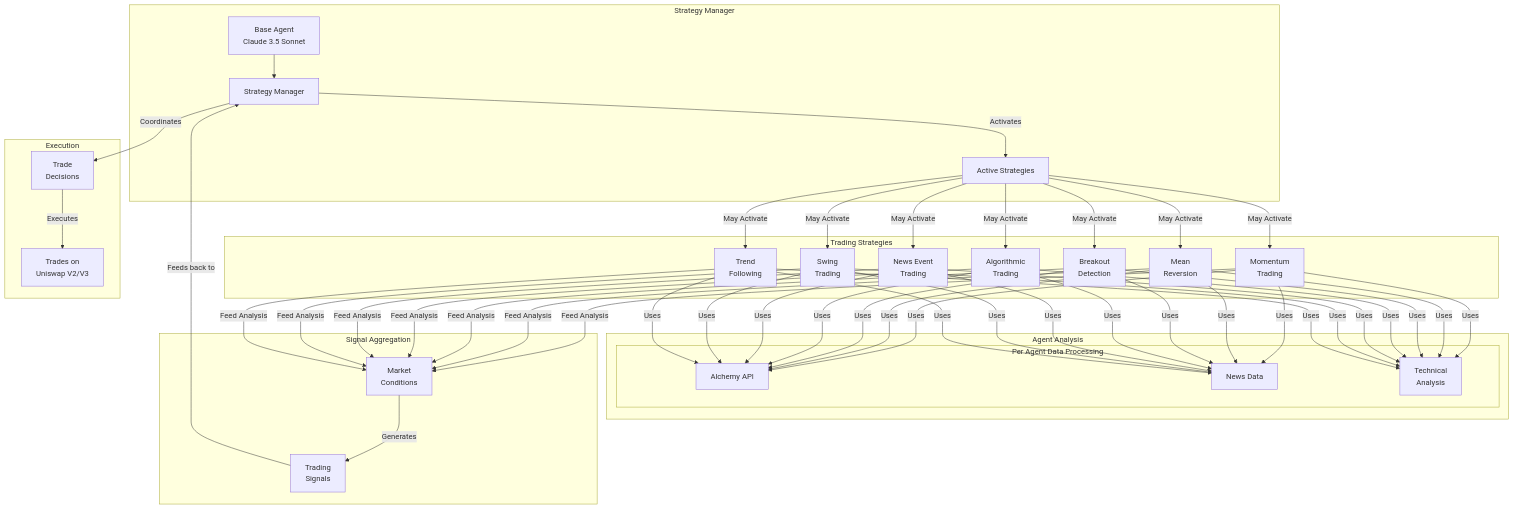
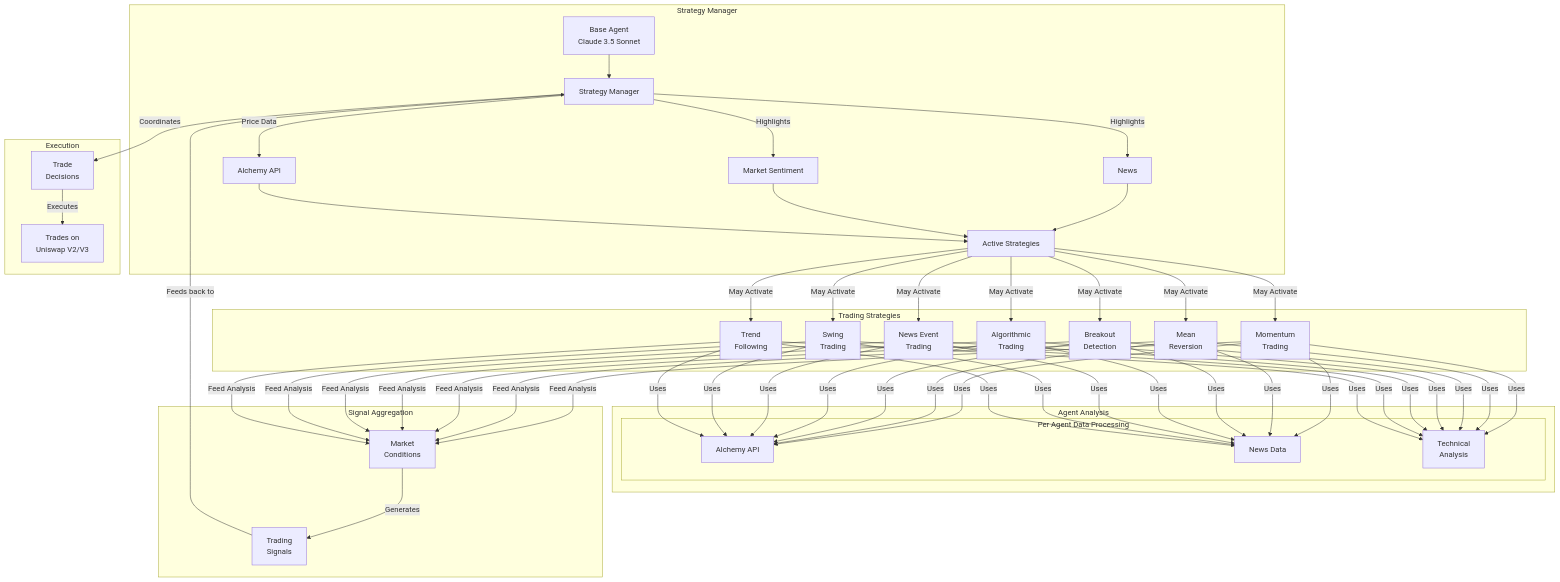
Before and after one commit to PizzaHi5/flock_it: the diagram in README.md, drawn with Mermaid.

Commit message:
updated flowchart

````diff
--- a/README.md
+++ b/README.md
@@ -25,44 +25,47 @@
 ```mermaid
 flowchart TB
     subgraph Strategy Manager
         BA[Base Agent<br>Claude 3.5 Sonnet] --> SM[Strategy Manager]
-        SM --> |Activates| AS[Active Strategies]
+        SM --> |Highlights| NB[News]
+        SM --> |Highlights| TAB[Market Sentiment]
+        SM --> |Price Data| AAB[Alchemy API]
+        NB & TAB & AAB --> AS[Active Strategies]
     end
     
     subgraph Trading Strategies
         AS --> |May Activate| MO[Momentum<br>Trading] 
         AS --> |May Activate| MR[Mean<br>Reversion]
         AS --> |May Activate| BR[Breakout<br>Detection]
         AS --> |May Activate| AL[Algorithmic<br>Trading]
         AS --> |May Activate| NE[News Event<br>Trading]
         AS --> |May Activate| SW[Swing<br>Trading]
         AS --> |May Activate| TR[Trend<br>Following]
     end
 
     subgraph Agent Analysis
         subgraph "Per Agent Data Processing"
             API[Alchemy API]
             NWS[News Data]
             TA[Technical<br>Analysis]
         end
 
         MO --> |Uses| API & NWS & TA
         MR --> |Uses| API & NWS & TA
         BR --> |Uses| API & NWS & TA
         AL --> |Uses| API & NWS & TA
         NE --> |Uses| API & NWS & TA
         SW --> |Uses| API & NWS & TA
         TR --> |Uses| API & NWS & TA
     end
     
     subgraph Signal Aggregation
         MO & MR & BR & AL & NE & SW & TR --> |Feed Analysis| MC[Market<br>Conditions]
         MC --> |Generates| TS[Trading<br>Signals]
         TS --> |Feeds back to| SM
     end
     
     subgraph Execution
         SM --> |Coordinates| TD[Trade<br>Decisions]
         TD --> |Executes| TR1[Trades on<br>Uniswap V2/V3]
     end
 ```
````
